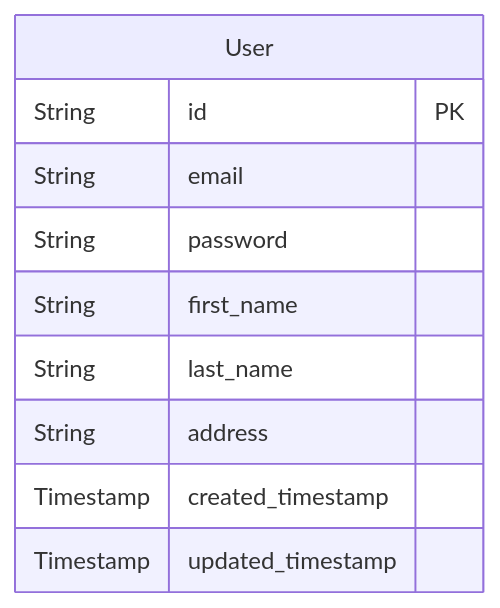
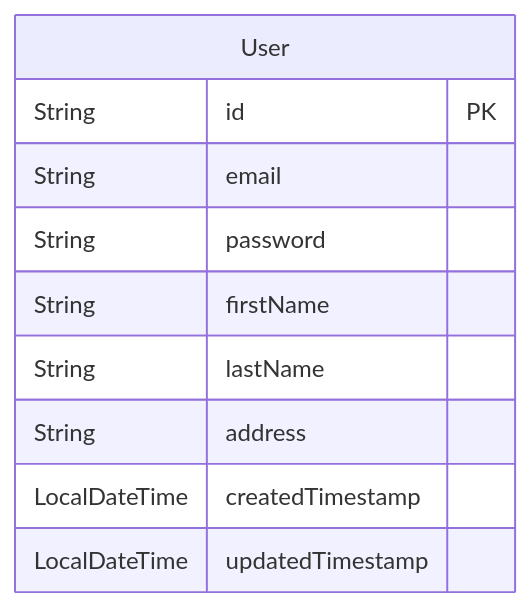
One commit to dung204/Library_Management_PRJ301 changed the first of 8 diagrams in README.md. Above: the diagram before and after it, drawn with Mermaid. The commit also changed other lines of this file, not shown here.

````diff
--- a/README.md
+++ b/README.md
@@ -79,13 +131,13 @@
 ```mermaid
 erDiagram
     User {
         String id PK
         String email
         String password
-        String first_name
-        String last_name
+        String firstName
+        String lastName
         String address
-        Timestamp created_timestamp
-        Timestamp updated_timestamp
+        LocalDateTime createdTimestamp
+        LocalDateTime updatedTimestamp
     }
 ```
````
